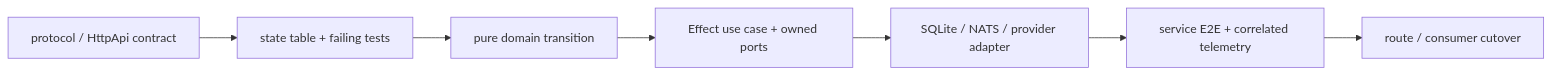
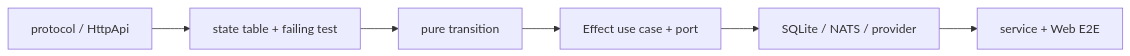
The third of 3 diagrams in docs/functional-ddd-migration.md (r4ai/news-podcast), drawn with Mermaid before and after one commit. The commit also changed other lines of this file and 8 other files, not shown here.

Commit message:
docs(architecture): record legacy removal

````diff
--- a/docs/functional-ddd-migration.md
+++ b/docs/functional-ddd-migration.md
@@ -140,9 +82,8 @@
 ```mermaid
 flowchart LR
-  Contract["protocol / HttpApi contract"] --> Red["state table + failing tests"]
-  Red --> Domain["pure domain transition"]
-  Domain --> UseCase["Effect use case + owned ports"]
-  UseCase --> Adapter["SQLite / NATS / provider adapter"]
-  Adapter --> E2E["service E2E + correlated telemetry"]
-  E2E --> Cutover["route / consumer cutover"]
+  Contract["protocol / HttpApi"] --> Red["state table + failing test"]
+  Red --> Domain["pure transition"]
+  Domain --> UseCase["Effect use case + port"]
+  UseCase --> Adapter["SQLite / NATS / provider"]
+  Adapter --> E2E["service + Web E2E"]
 ```
````
